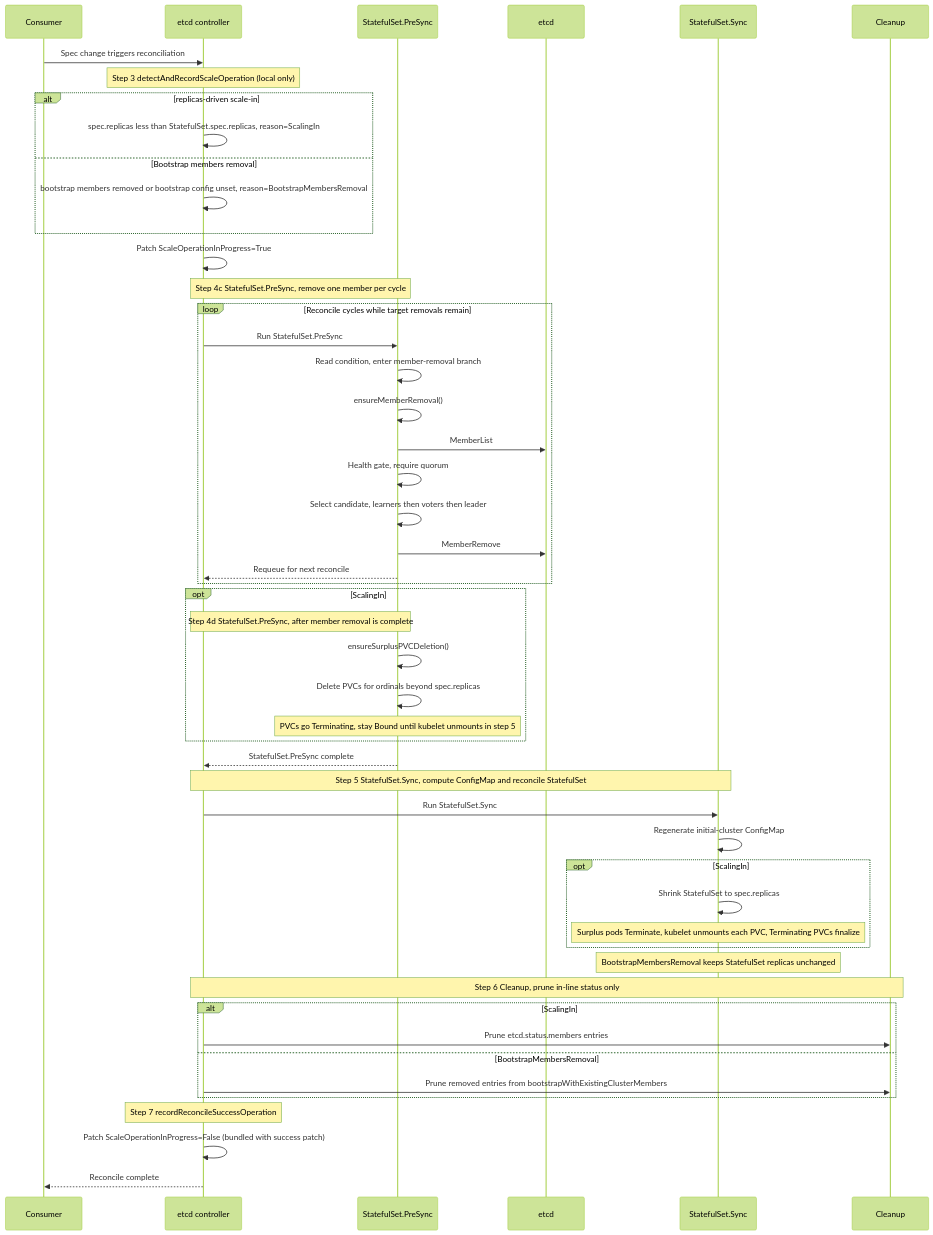
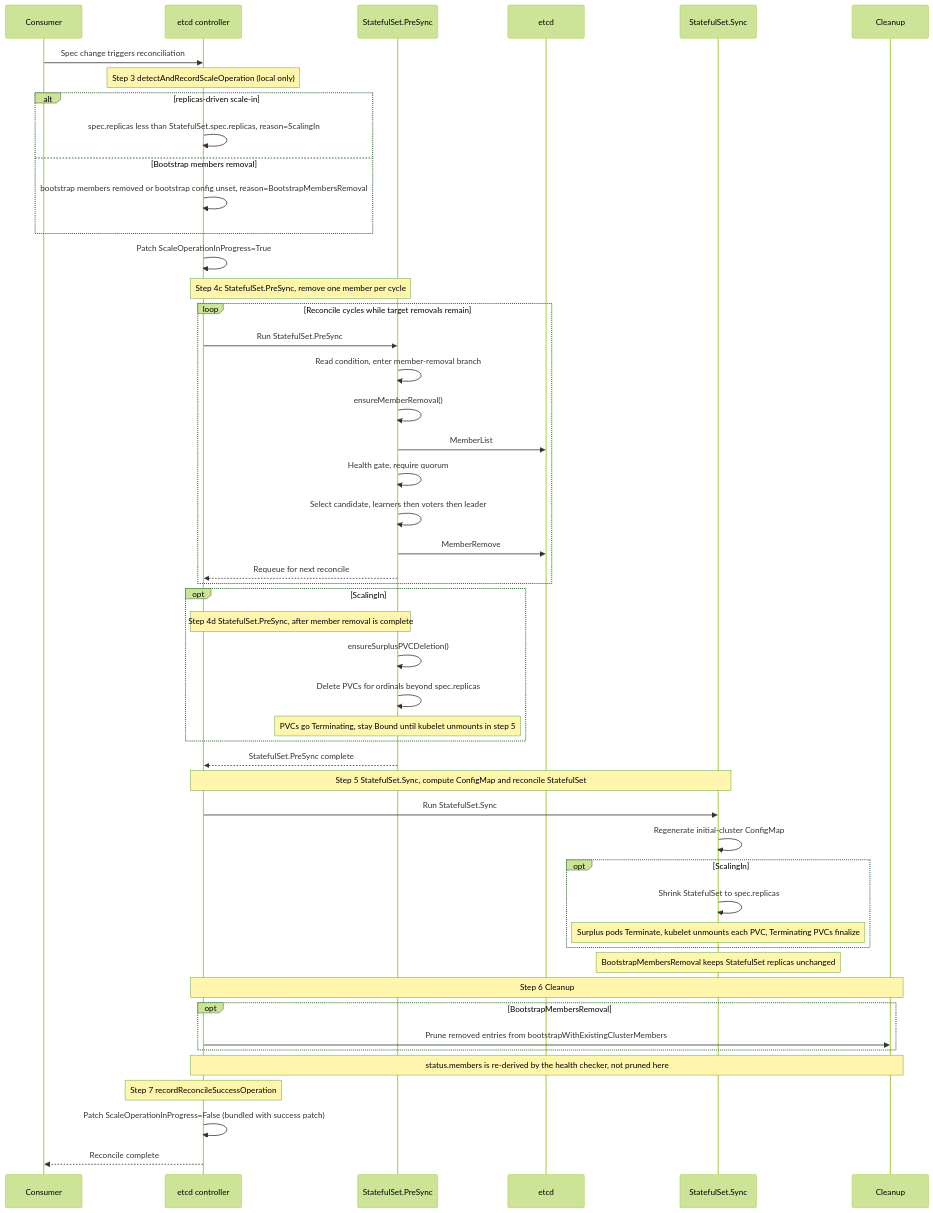
The first of 2 diagrams in docs/proposals/08-scale-in.md (gardener/etcd-druid), drawn with Mermaid (forest theme) before and after one commit. The commit also changed other lines of this file, not shown here.

````diff
--- a/docs/proposals/08-scale-in.md
+++ b/docs/proposals/08-scale-in.md
@@ -161,59 +186,58 @@
 ```mermaid
 sequenceDiagram
     participant C as Consumer
     participant R as etcd controller
     participant P as StatefulSet.PreSync
     participant E as etcd
     participant S as StatefulSet.Sync
     participant K as Cleanup
 
     C->>R: Spec change triggers reconciliation
 
     Note over R: Step 3 detectAndRecordScaleOperation (local only)
     alt replicas-driven scale-in
         R->>R: spec.replicas less than StatefulSet.spec.replicas, reason=ScalingIn
     else Bootstrap members removal
         R->>R: bootstrap members removed or bootstrap config unset, reason=BootstrapMembersRemoval
     end
     R->>R: Patch ScaleOperationInProgress=True
 
     Note over R,P: Step 4c StatefulSet.PreSync, remove one member per cycle
     loop Reconcile cycles while target removals remain
         R->>P: Run StatefulSet.PreSync
         P->>P: Read condition, enter member-removal branch
         P->>P: ensureMemberRemoval()
         P->>E: MemberList
         P->>P: Health gate, require quorum
         P->>P: Select candidate, learners then voters then leader
         P->>E: MemberRemove
         P-->>R: Requeue for next reconcile
     end
 
     opt ScalingIn
         Note over R,P: Step 4d StatefulSet.PreSync, after member removal is complete
         P->>P: ensureSurplusPVCDeletion()
         P->>P: Delete PVCs for ordinals beyond spec.replicas
         Note over P: PVCs go Terminating, stay Bound until kubelet unmounts in step 5
     end
     P-->>R: StatefulSet.PreSync complete
 
     Note over R,S: Step 5 StatefulSet.Sync, compute ConfigMap and reconcile StatefulSet
     R->>S: Run StatefulSet.Sync
     S->>S: Regenerate initial-cluster ConfigMap
     opt ScalingIn
         S->>S: Shrink StatefulSet to spec.replicas
         Note over S: Surplus pods Terminate, kubelet unmounts each PVC, Terminating PVCs finalize
     end
     Note over S: BootstrapMembersRemoval keeps StatefulSet replicas unchanged
 
-    Note over R,K: Step 6 Cleanup, prune in-line status only
-    alt ScalingIn
-        R->>K: Prune etcd.status.members entries
-    else BootstrapMembersRemoval
+    Note over R,K: Step 6 Cleanup
+    opt BootstrapMembersRemoval
         R->>K: Prune removed entries from bootstrapWithExistingClusterMembers
     end
+    Note over R,K: status.members is re-derived by the health checker, not pruned here
 
     Note over R: Step 7 recordReconcileSuccessOperation
     R->>R: Patch ScaleOperationInProgress=False (bundled with success patch)
     R-->>C: Reconcile complete
 ```
````
